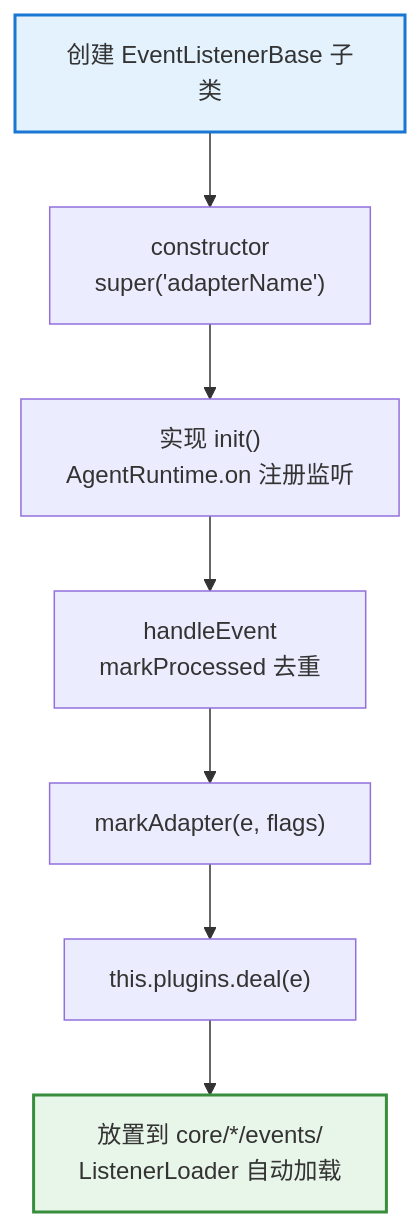
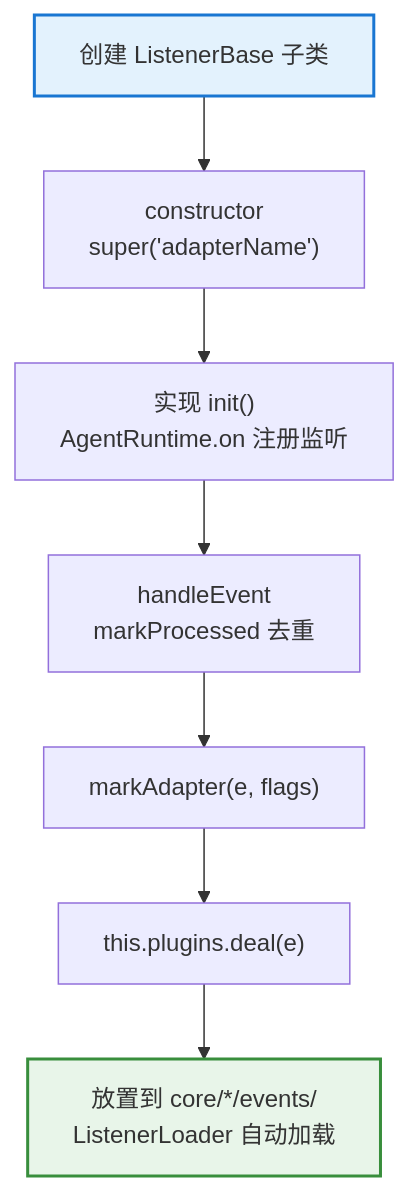
Before and after one commit to sunflowermm/XRK-AGT: the fourth of 8 diagrams in docs/框架可扩展性指南.md, drawn with Mermaid. The commit also changed other lines of this file and 236 other files, not shown here.

````diff
--- a/docs/框架可扩展性指南.md
+++ b/docs/框架可扩展性指南.md
@@ -510,12 +510,12 @@
 ```mermaid
 flowchart TB
-    A["创建 EventListenerBase 子类"] --> B["constructor<br/>super('adapterName')"]
+    A["创建 ListenerBase 子类"] --> B["constructor<br/>super('adapterName')"]
     B --> C["实现 init()<br/>AgentRuntime.on 注册监听"]
     C --> D["handleEvent<br/>markProcessed 去重"]
     D --> E["markAdapter(e, flags)"]
     E --> F["this.plugins.deal(e)"]
     F --> G["放置到 core/*/events/<br/>ListenerLoader 自动加载"]
     
     style A fill:#E3F2FD,stroke:#1976D2,stroke-width:2px
     style G fill:#E8F5E9,stroke:#388E3C,stroke-width:2px
 ```
````
